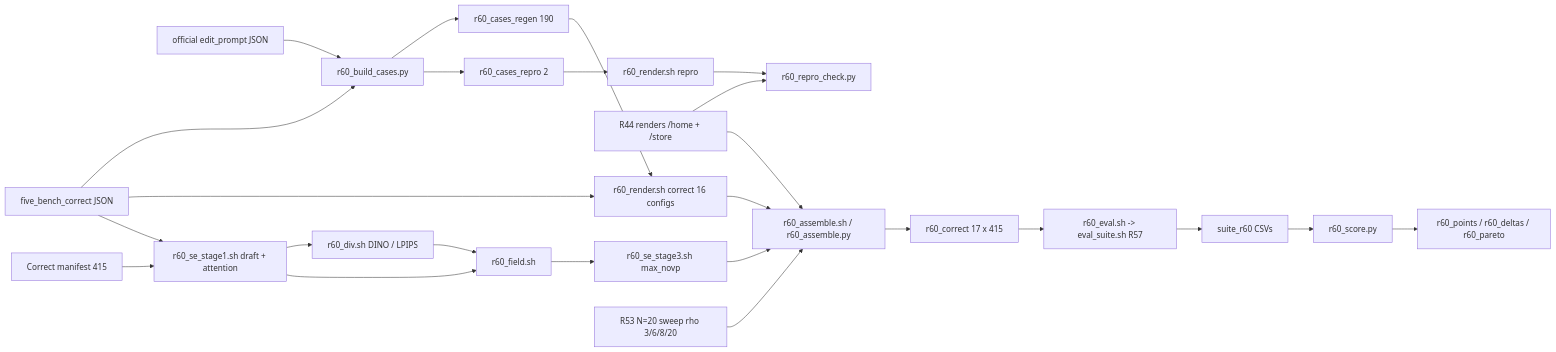
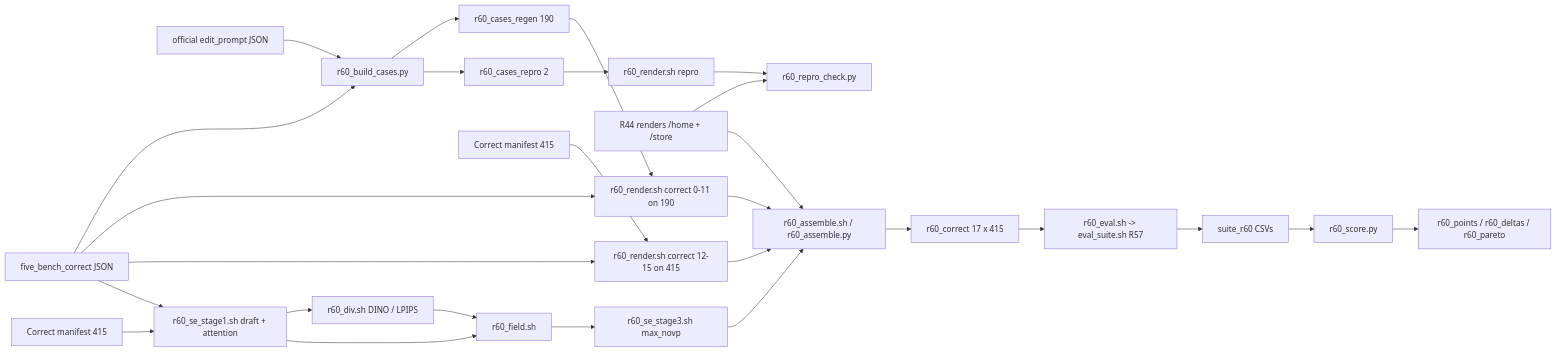
One commit to skhairi2k/StreamEdit_new changed the diagram in .claude/plans/r60-streamedit-text-only-five-correct_83505e30.plan.md. Above: the diagram before and after it, drawn with Mermaid. The commit also changed other lines of this file and 22 other files, not shown here.

````diff
--- a/.claude/plans/r60-streamedit-text-only-five-correct_83505e30.plan.md
+++ b/.claude/plans/r60-streamedit-text-only-five-correct_83505e30.plan.md
@@ -294,25 +281,27 @@
 ```mermaid
 flowchart LR
   A[official edit_prompt JSON] --> B[r60_build_cases.py]
   C[five_bench_correct JSON] --> B
   B --> D[r60_cases_regen 190]
   B --> E[r60_cases_repro 2]
   E --> F[r60_render.sh repro] --> G[r60_repro_check.py]
   R44[R44 renders /home + /store] --> G
-  D --> H[r60_render.sh correct 16 configs]
+  D --> H[r60_render.sh correct 0-11 on 190]
+  M2[Correct manifest 415] --> H2[r60_render.sh correct 12-15 on 415]
   C --> H
+  C --> H2
+  H2 --> AS
   M[Correct manifest 415] --> S1[r60_se_stage1.sh draft + attention]
   C --> S1
   S1 --> DV[r60_div.sh DINO / LPIPS] --> FD[r60_field.sh]
   S1 --> FD
   FD --> S3[r60_se_stage3.sh max_novp]
   H --> AS[r60_assemble.sh / r60_assemble.py]
   S3 --> AS
   R44 --> AS
-  R53[R53 N=20 sweep rho 3/6/8/20] --> AS
   AS --> T[r60_correct 17 x 415]
   T --> EV[r60_eval.sh -> eval_suite.sh R57]
   EV --> CSV[suite_r60 CSVs]
   CSV --> SC[r60_score.py]
   SC --> O[r60_points / r60_deltas / r60_pareto]
 ```
````
